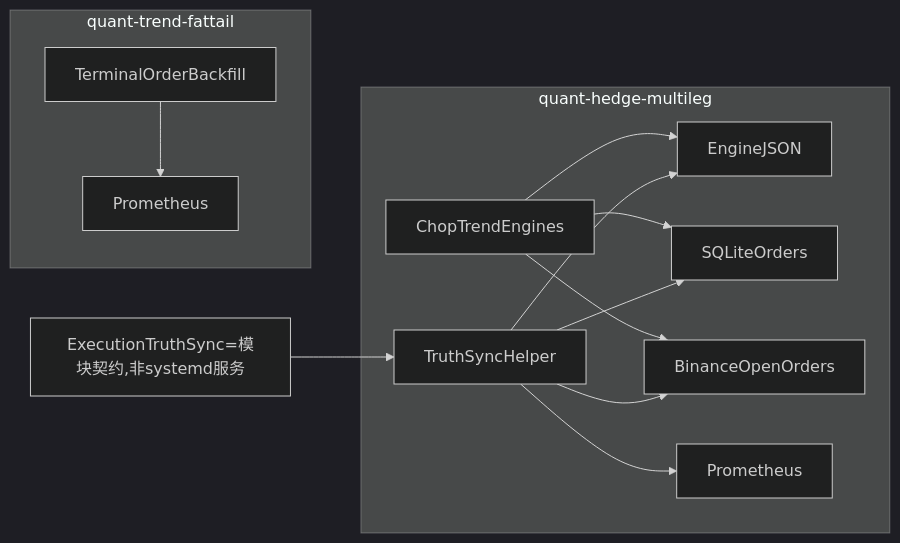
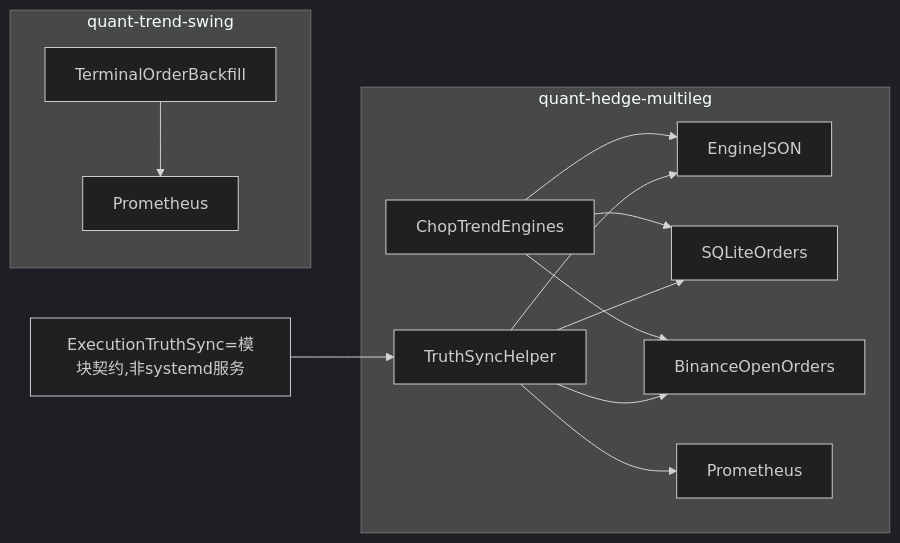
Before and after one commit to SnYang096/ml-trading-bot: the diagram in docs/architecture/abc_execution_layer_issues_CN.md, drawn with Mermaid (dark theme). The commit also changed other lines of this file and 52 other files, not shown here.

````diff
--- a/docs/architecture/abc_execution_layer_issues_CN.md
+++ b/docs/architecture/abc_execution_layer_issues_CN.md
@@ -235,19 +235,19 @@
 ```mermaid
 flowchart LR
   subgraph cProc [quant-hedge-multileg]
     cEngine["ChopTrendEngines"] --> cState["EngineJSON"]
     cEngine --> cDb["SQLiteOrders"]
     cEngine --> cExchange["BinanceOpenOrders"]
     cSync["TruthSyncHelper"] --> cState
     cSync --> cDb
     cSync --> cExchange
     cSync --> cMetrics["Prometheus"]
   end
 
-  subgraph bProc [quant-trend-fattail]
+  subgraph bProc [quant-trend-swing]
     bBackfill["TerminalOrderBackfill"] --> bMetrics["Prometheus"]
   end
 
   noteNode["ExecutionTruthSync=模块契约,非systemd服务"]
   noteNode --> cSync
 ```
````
